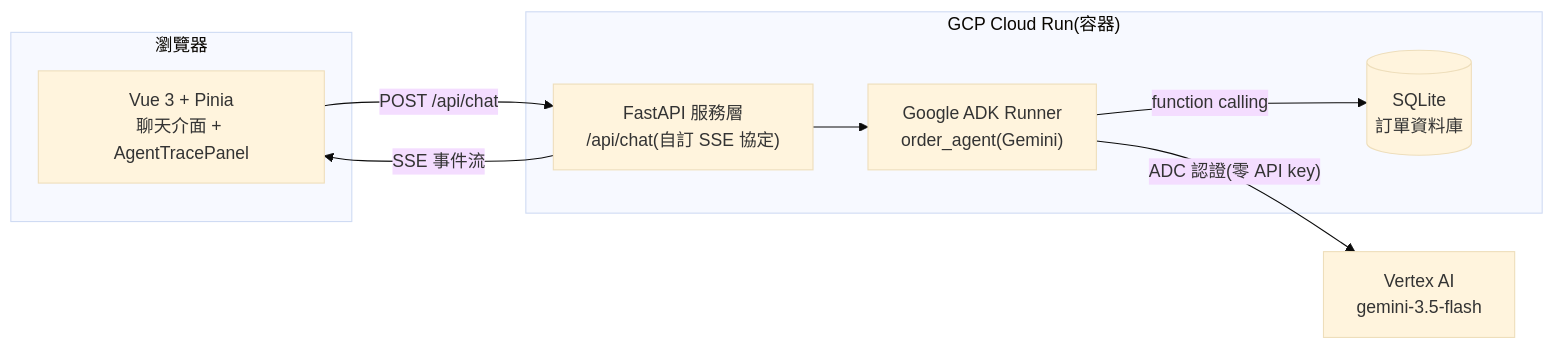
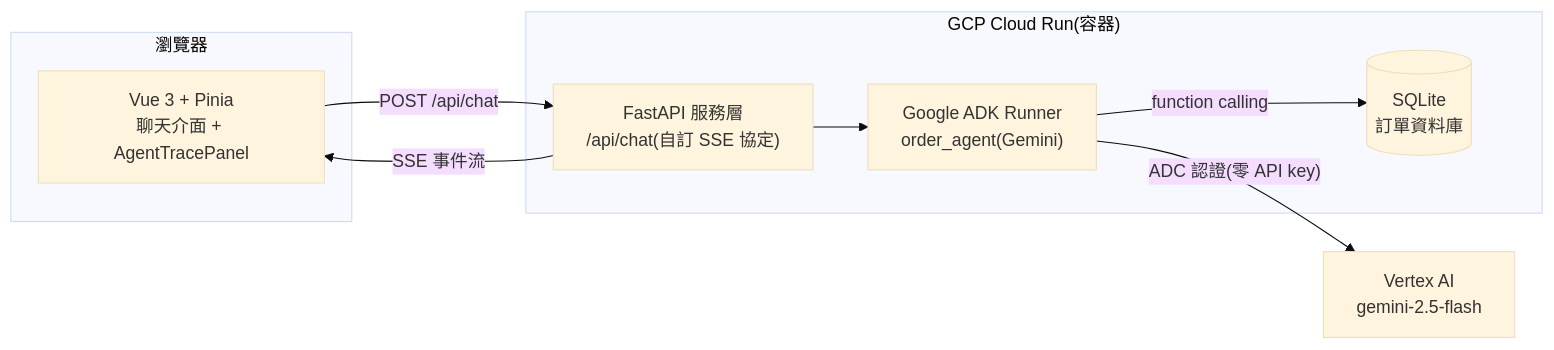
Before and after one commit to Jarvis1011/order-agent: the diagram in README.md, drawn with Mermaid (base theme). The commit also changed other lines of this file, not shown here.

````diff
--- a/README.md
+++ b/README.md
@@ -20,18 +20,18 @@
 ```mermaid
 flowchart LR
     subgraph Browser["瀏覽器"]
         UI["Vue 3 + Pinia<br/>聊天介面 + AgentTracePanel"]
     end
     subgraph CloudRun["GCP Cloud Run(容器)"]
         API["FastAPI 服務層<br/>/api/chat(自訂 SSE 協定)"]
         ADK["Google ADK Runner<br/>order_agent(Gemini)"]
         DB[("SQLite<br/>訂單資料庫")]
     end
-    VERTEX["Vertex AI<br/>gemini-3.5-flash"]
+    VERTEX["Vertex AI<br/>gemini-2.5-flash"]
 
     UI -- "POST /api/chat" --> API
     API -- "SSE 事件流" --> UI
     API --> ADK
     ADK -- "function calling" --> DB
     ADK -- "ADC 認證(零 API key)" --> VERTEX
 ```
````
